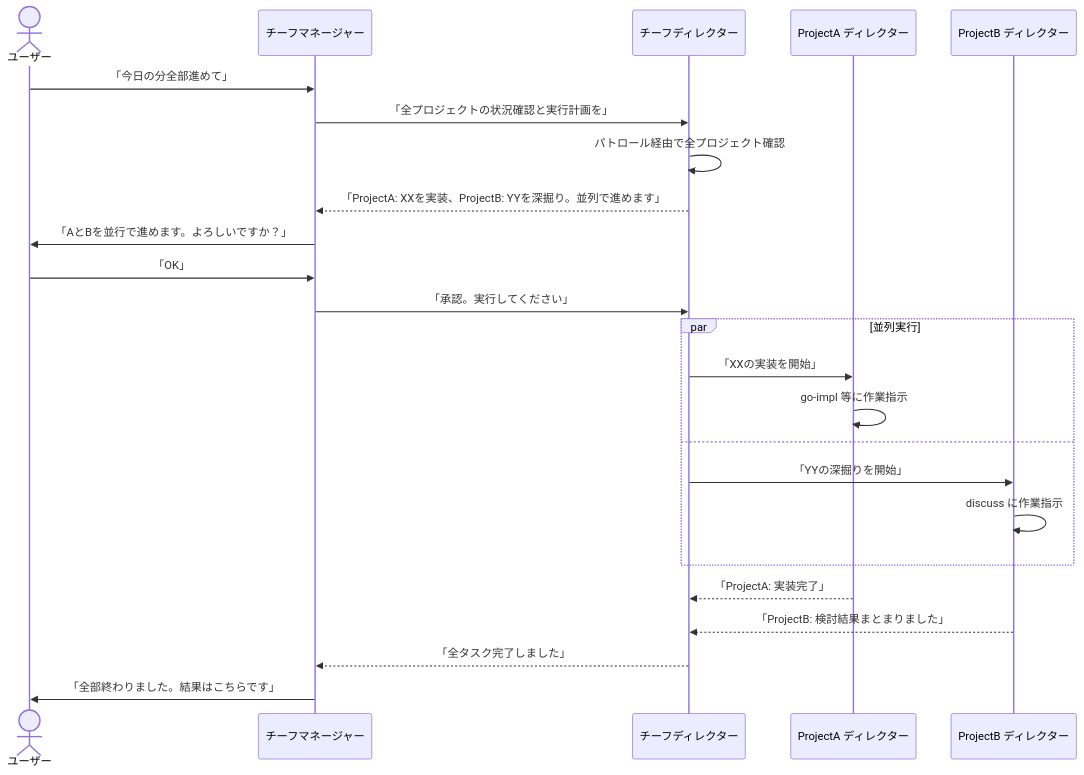
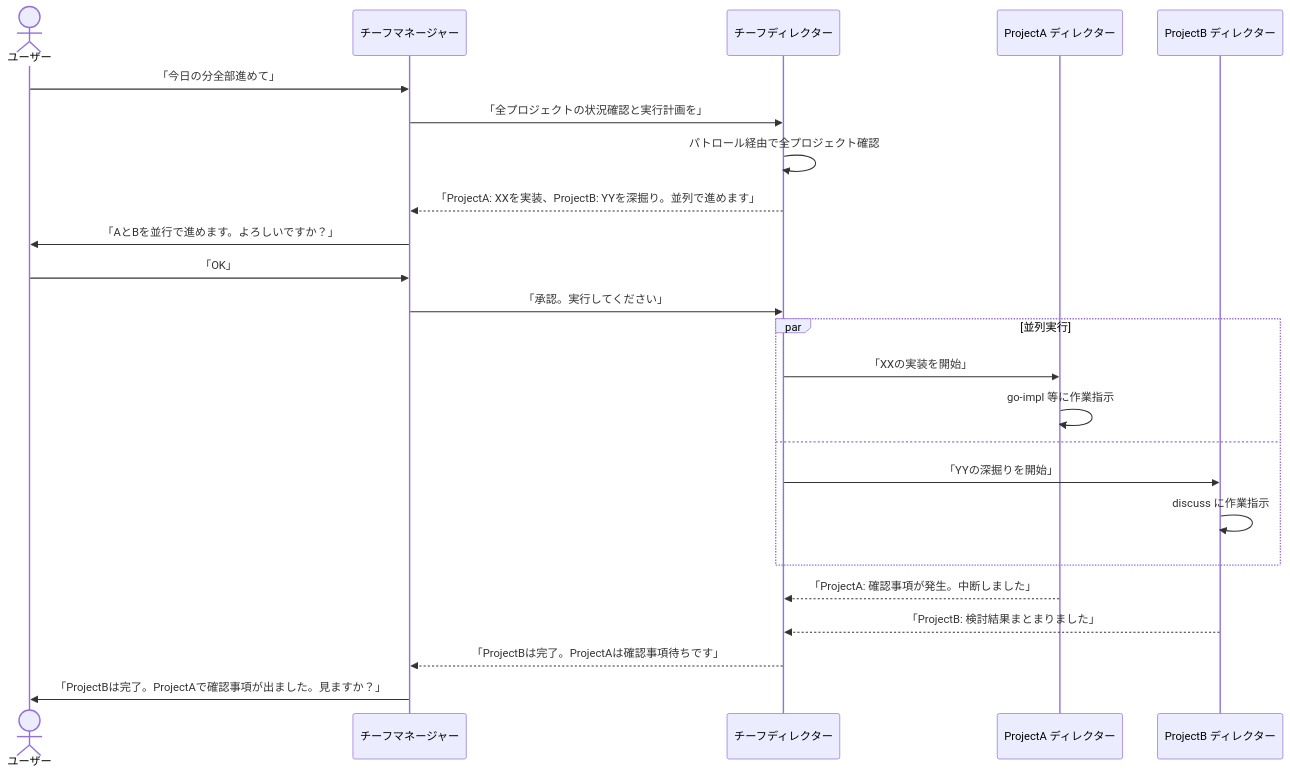
One commit to nyan-tama/Ghostrunner changed the fifth of 5 diagrams in 開発/検討中/2026-04-03_マネージャーとディレクター.md. Above: the diagram before and after it, drawn with Mermaid. The commit also changed other lines of this file, not shown here.

````diff
--- a/開発/検討中/2026-04-03_マネージャーとディレクター.md
+++ b/開発/検討中/2026-04-03_マネージャーとディレクター.md
@@ -219,27 +301,27 @@
 ```mermaid
 sequenceDiagram
     actor User as ユーザー
     participant CMgr as チーフマネージャー
     participant CDir as チーフディレクター
     participant DirA as ProjectA ディレクター
     participant DirB as ProjectB ディレクター
 
     User->>CMgr: 「今日の分全部進めて」
     CMgr->>CDir: 「全プロジェクトの状況確認と実行計画を」
     CDir->>CDir: パトロール経由で全プロジェクト確認
     CDir-->>CMgr: 「ProjectA: XXを実装、ProjectB: YYを深掘り。並列で進めます」
     CMgr->>User: 「AとBを並行で進めます。よろしいですか？」
     User->>CMgr: 「OK」
     CMgr->>CDir: 「承認。実行してください」
     par 並列実行
         CDir->>DirA: 「XXの実装を開始」
         DirA->>DirA: go-impl 等に作業指示
     and
         CDir->>DirB: 「YYの深掘りを開始」
         DirB->>DirB: discuss に作業指示
     end
-    DirA-->>CDir: 「ProjectA: 実装完了」
+    DirA-->>CDir: 「ProjectA: 確認事項が発生。中断しました」
     DirB-->>CDir: 「ProjectB: 検討結果まとまりました」
-    CDir-->>CMgr: 「全タスク完了しました」
-    CMgr->>User: 「全部終わりました。結果はこちらです」
+    CDir-->>CMgr: 「ProjectBは完了。ProjectAは確認事項待ちです」
+    CMgr->>User: 「ProjectBは完了。ProjectAで確認事項が出ました。見ますか？」
 ```
````
